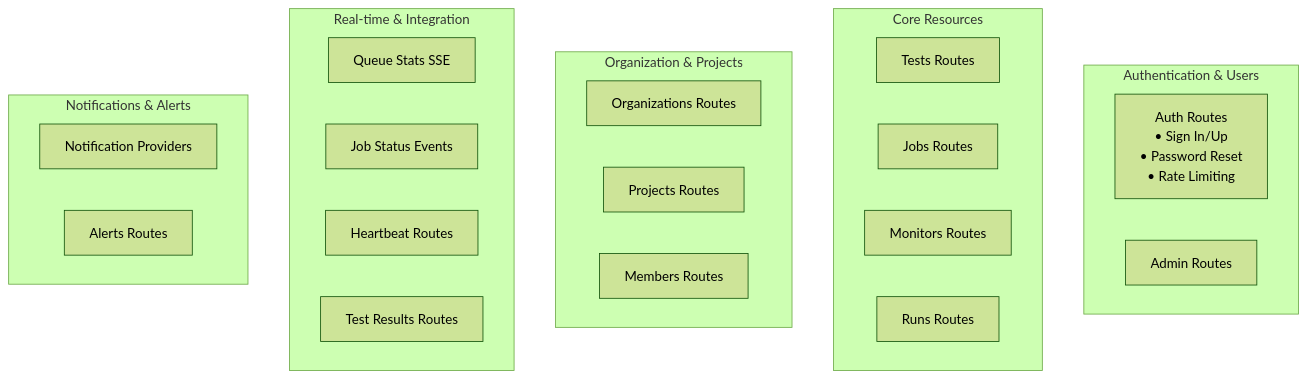
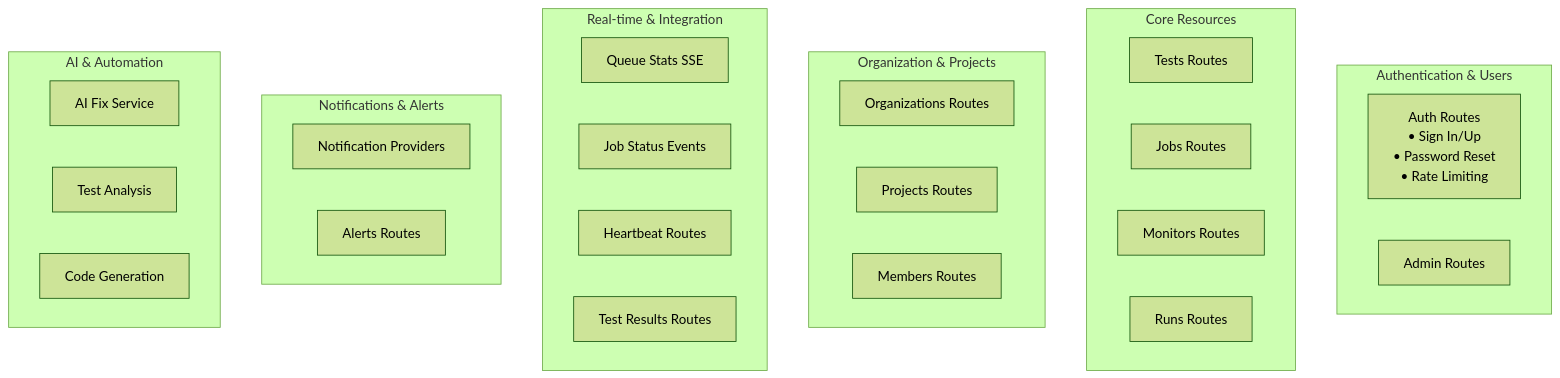
The diagram in .specs/API_ROUTES_ANALYSIS.md (supercheck-io/supercheck-core), drawn with Mermaid (forest theme) before and after one commit. The commit also changed other lines of this file and 26 other files, not shown here.

````diff
--- a/.specs/API_ROUTES_ANALYSIS.md
+++ b/.specs/API_ROUTES_ANALYSIS.md
@@ -19,32 +19,38 @@
 ```mermaid
 graph TB
     subgraph "Authentication & Users"
         A1["Auth Routes<br/>• Sign In/Up<br/>• Password Reset<br/>• Rate Limiting"]
         A2["Admin Routes"]
     end
     
     subgraph "Core Resources"
         B1["Tests Routes"]
         B2["Jobs Routes"] 
         B3["Monitors Routes"]
         B4["Runs Routes"]
     end
     
     subgraph "Organization & Projects"
         C1["Organizations Routes"]
         C2["Projects Routes"]
         C3["Members Routes"]
     end
     
     subgraph "Real-time & Integration"
         D1["Queue Stats SSE"]
         D2["Job Status Events"]
         D3["Heartbeat Routes"]
         D4["Test Results Routes"]
     end
     
     subgraph "Notifications & Alerts"
         E1["Notification Providers"]
         E2["Alerts Routes"]
     end
+
+    subgraph "AI & Automation"
+        F1["AI Fix Service"]
+        F2["Test Analysis"]
+        F3["Code Generation"]
+    end
 ```
````
